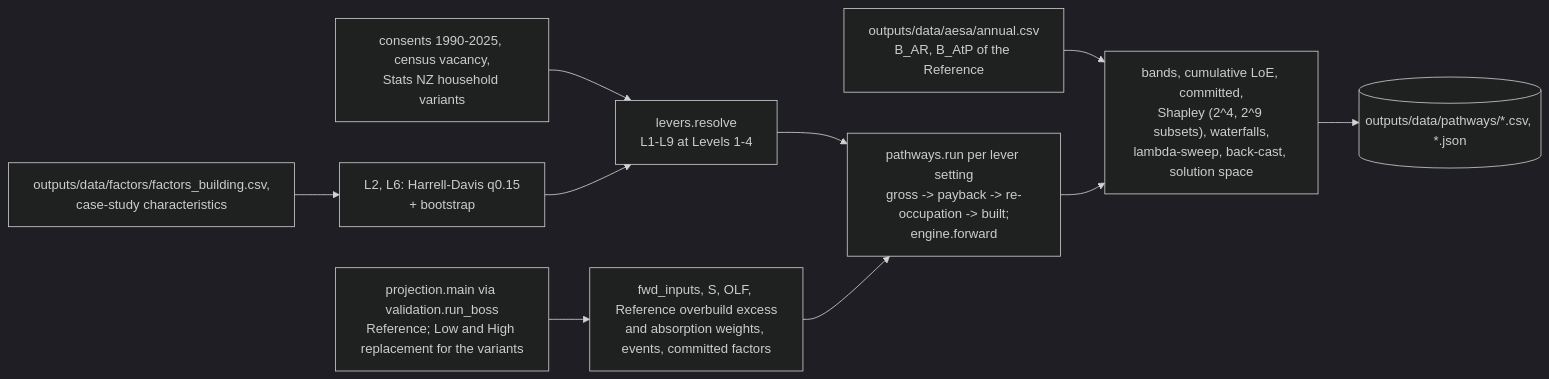
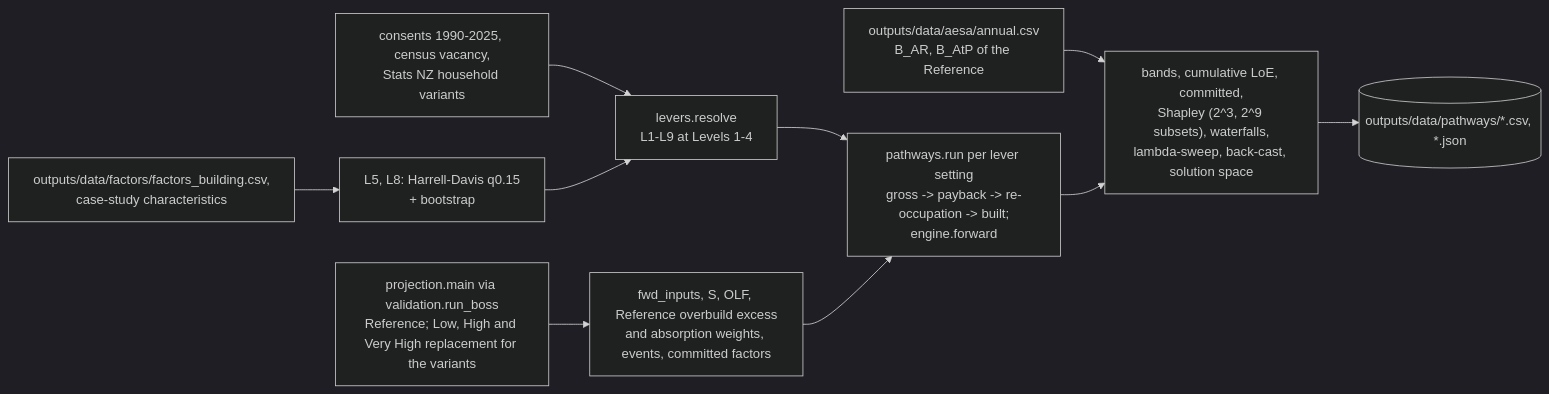
The third of 3 diagrams in ARCHITECTURE.md (GerasimosChristoforatos/Pathway-Paper), drawn with Mermaid (dark theme) before and after one commit. The commit also changed other lines of this file and 159 other files, not shown here.

````diff
--- a/ARCHITECTURE.md
+++ b/ARCHITECTURE.md
@@ -535,12 +528,12 @@
 ```mermaid
 flowchart LR
-    PROJ["projection.main via validation.run_boss<br/>Reference; Low and High replacement for the variants"] --> CTX["fwd_inputs, S, OLF, Reference overbuild excess<br/>and absorption weights, events, committed factors"]
-    FB["outputs/data/factors/factors_building.csv,<br/>case-study characteristics"] --> HD["L2, L6: Harrell-Davis q0.15<br/>+ bootstrap"]
+    PROJ["projection.main via validation.run_boss<br/>Reference; Low, High and Very High replacement for the variants"] --> CTX["fwd_inputs, S, OLF, Reference overbuild excess<br/>and absorption weights, events, committed factors"]
+    FB["outputs/data/factors/factors_building.csv,<br/>case-study characteristics"] --> HD["L5, L8: Harrell-Davis q0.15<br/>+ bootstrap"]
     CS["consents 1990-2025, census vacancy,<br/>Stats NZ household variants"] --> RES
     HD --> RES["levers.resolve<br/>L1-L9 at Levels 1-4"]
     RES --> RUN
     CTX --> RUN["pathways.run per lever setting<br/>gross -> payback -> re-occupation -> built;<br/>engine.forward"]
     AESA["outputs/data/aesa/annual.csv<br/>B_AR, B_AtP of the Reference"] --> GAP
-    RUN --> GAP["bands, cumulative LoE, committed,<br/>Shapley (2^4, 2^9 subsets), waterfalls,<br/>lambda-sweep, back-cast, solution space"]
+    RUN --> GAP["bands, cumulative LoE, committed,<br/>Shapley (2^3, 2^9 subsets), waterfalls,<br/>lambda-sweep, back-cast, solution space"]
     GAP --> OUTP[("outputs/data/pathways/*.csv, *.json")]
 ```
````
